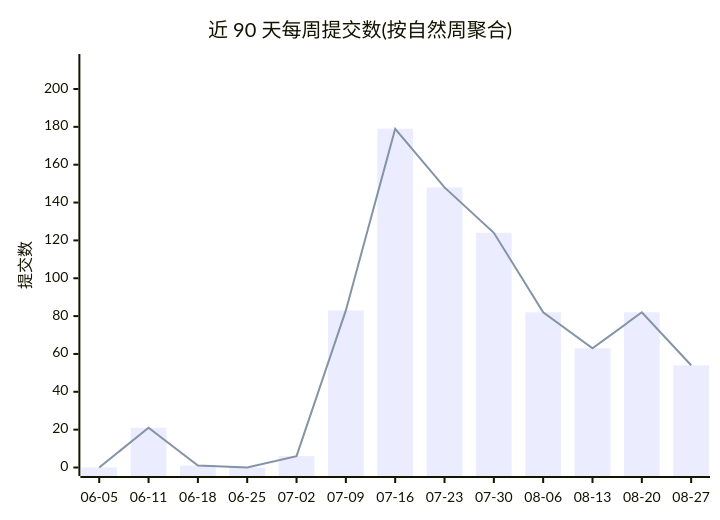
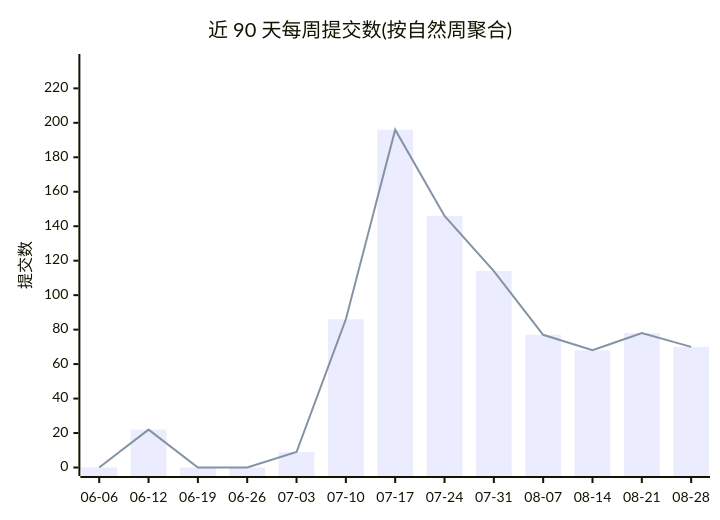
One commit to Conflux-Union/.github changed the first of 2 diagrams in profile/README.md. Above: the diagram before and after it, drawn with Mermaid. The commit also changed other lines of this file and 1 other file, not shown here.

````diff
--- a/profile/README.md
+++ b/profile/README.md
@@ -44,8 +44,8 @@
 ```mermaid
 xychart-beta
     title "近 90 天每周提交数(按自然周聚合)"
-    x-axis ["06-05", "06-11", "06-18", "06-25", "07-02", "07-09", "07-16", "07-23", "07-30", "08-06", "08-13", "08-20", "08-27"]
-    y-axis "提交数" 0 --> 214
-    bar [0, 21, 1, 0, 6, 83, 179, 148, 124, 82, 63, 82, 54]
-    line [0, 21, 1, 0, 6, 83, 179, 148, 124, 82, 63, 82, 54]
+    x-axis ["06-06", "06-12", "06-19", "06-26", "07-03", "07-10", "07-17", "07-24", "07-31", "08-07", "08-14", "08-21", "08-28"]
+    y-axis "提交数" 0 --> 235
+    bar [0, 22, 0, 0, 9, 86, 196, 146, 114, 77, 68, 78, 70]
+    line [0, 22, 0, 0, 9, 86, 196, 146, 114, 77, 68, 78, 70]
 ```
````
